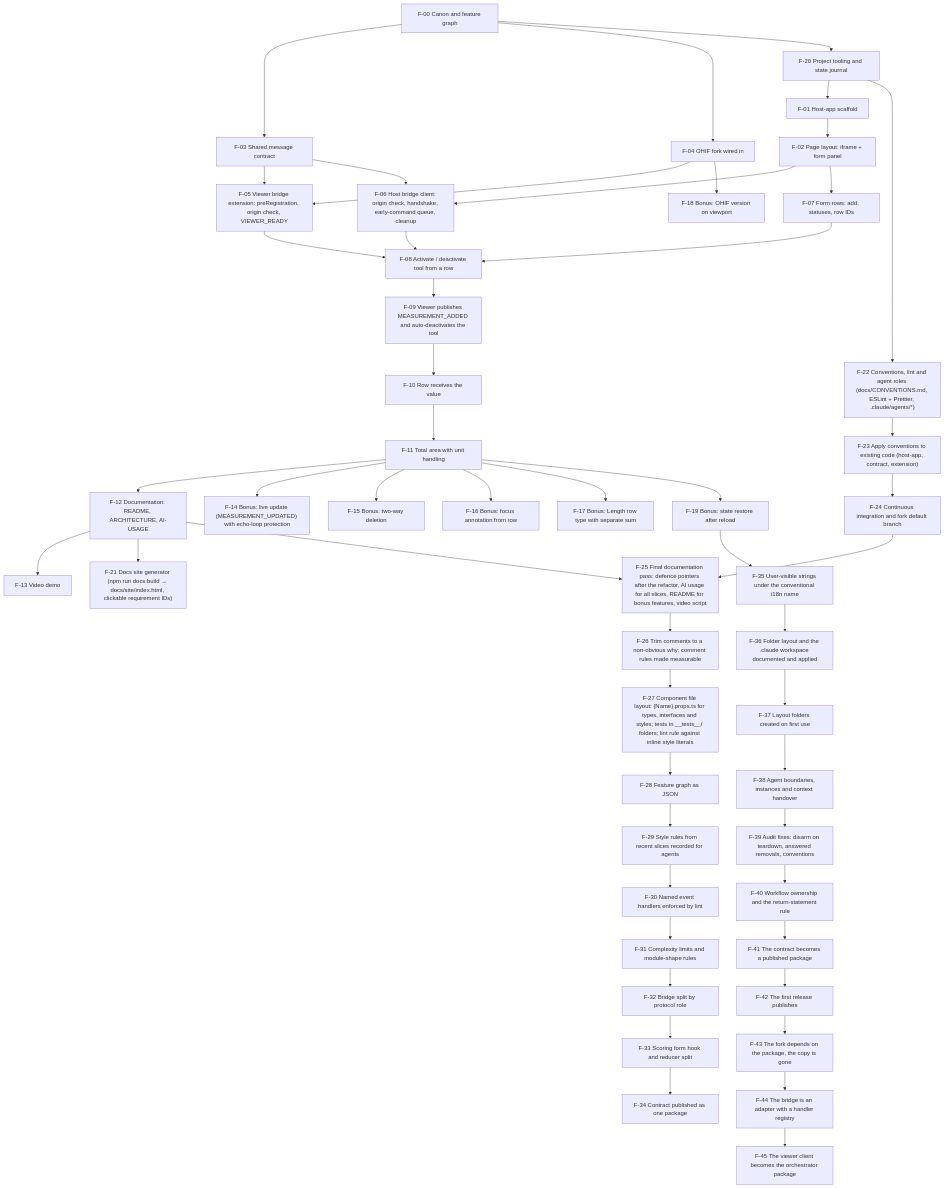
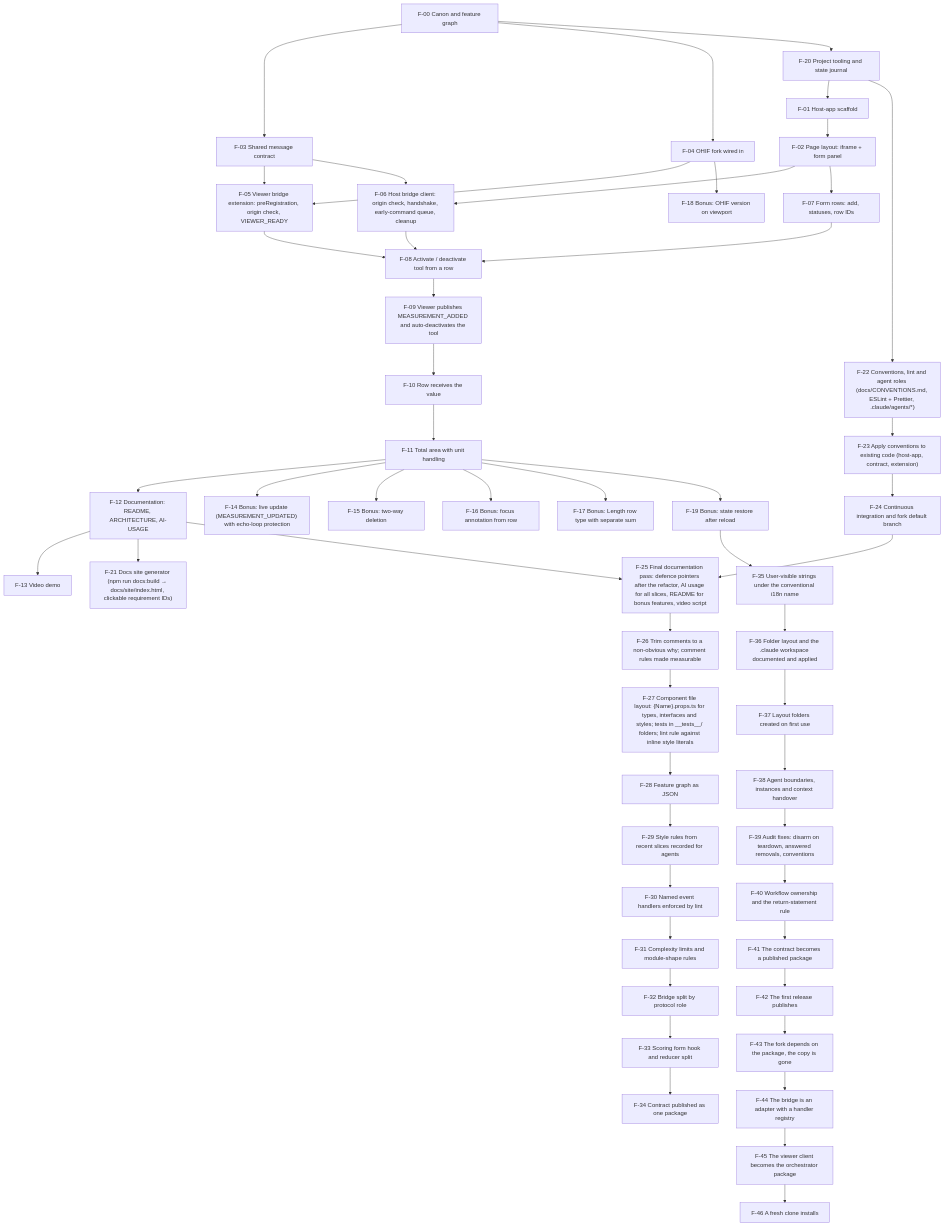
The diagram in docs/FEATURE-GRAPH.md (bdiadiun/artifact-synchronization), drawn with Mermaid before and after one commit. The commit also changed other lines of this file and 8 other files, not shown here.

````diff
--- a/docs/FEATURE-GRAPH.md
+++ b/docs/FEATURE-GRAPH.md
@@ -148,6 +149,7 @@
   F43["F-43 The fork depends on the package, the copy is gone"]
   F44["F-44 The bridge is an adapter with a handler registry"]
   F45["F-45 The viewer client becomes the orchestrator package"]
+  F46["F-46 A fresh clone installs"]
 
   F20 --> F01
   F01 --> F02
@@ -199,4 +201,5 @@
   F42 --> F43
   F43 --> F44
   F44 --> F45
+  F45 --> F46
 ```
````
